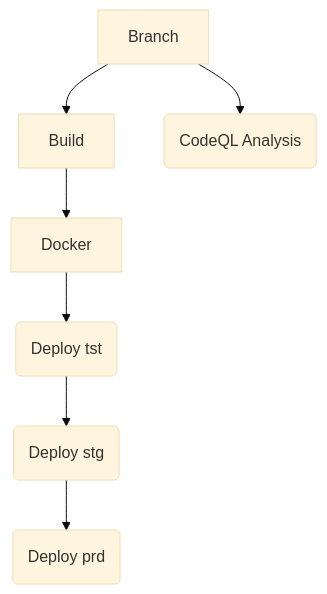
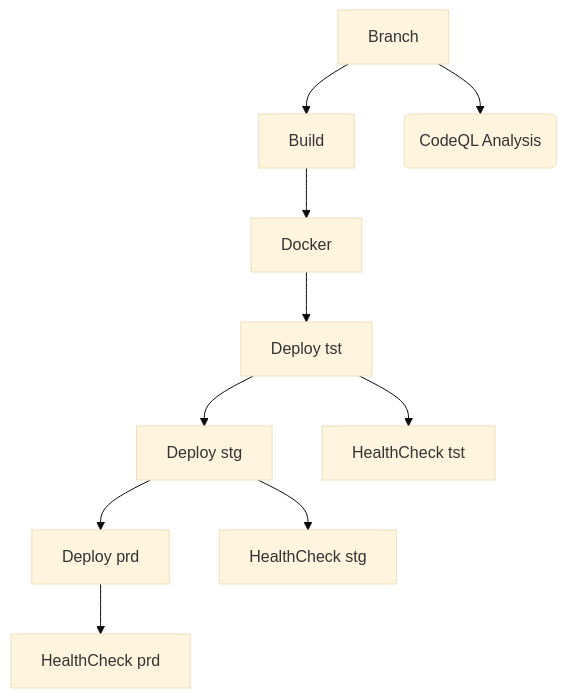
One commit to ppatel1604/pipeline-demo changed the second of 2 diagrams in readme.md. Above: the diagram before and after it, drawn with Mermaid (base theme). The commit also changed other lines of this file, not shown here.

````diff
--- a/readme.md
+++ b/readme.md
@@ -113,5 +121,8 @@
 ```mermaid
 graph TD;
-   A[Branch] --> B[Build] --> C[Docker] --> D(Deploy tst) --> E(Deploy stg) --> F(Deploy prd);
-   A[Branch] --> G(CodeQL Analysis)
+  A[Branch] --> B[Build] --> C[Docker] --> D(Deploy tst) --> E(Deploy stg) --> F(Deploy prd);
+  A[Branch] --> G(CodeQL Analysis)
+  D[Deploy tst] --> H[HealthCheck tst]
+  E[Deploy stg] --> I[HealthCheck stg]
+  F[Deploy prd] --> J[HealthCheck prd]
 ```
````
